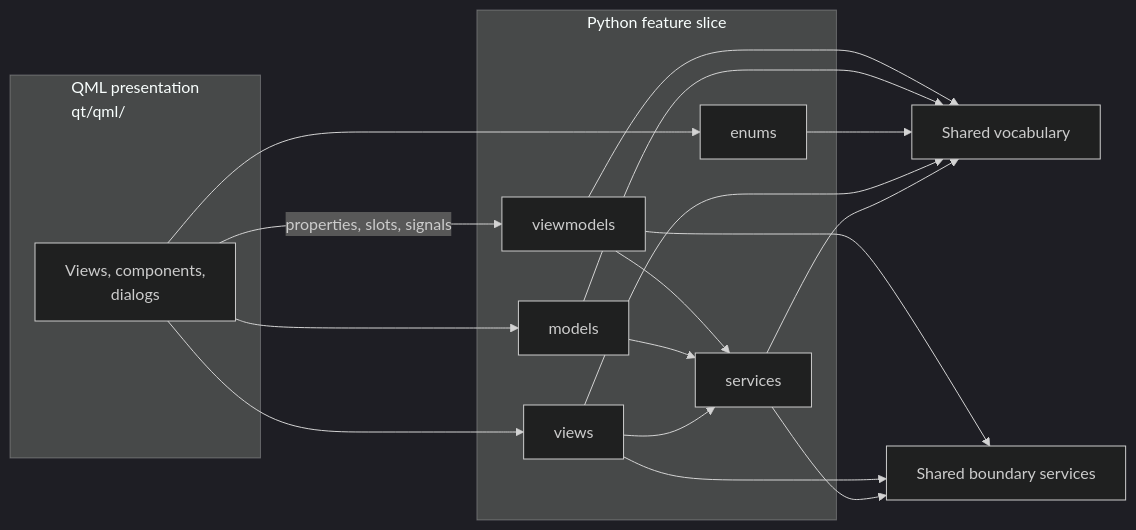
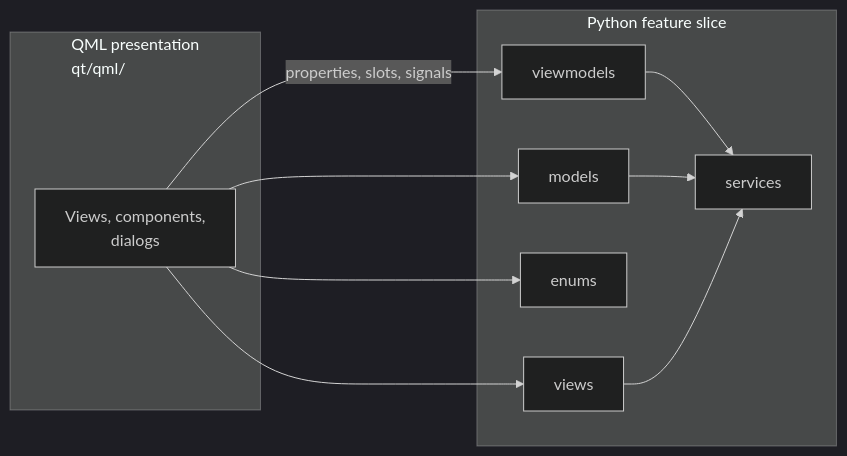
One commit to mpvqc/mpvQC changed the first of 3 diagrams in docs/architecture.md. Above: the diagram before and after it, drawn with Mermaid (dark theme).

Commit message:
docs: simplify system shape [skip ci]

````diff
--- a/docs/architecture.md
+++ b/docs/architecture.md
@@ -12,33 +12,22 @@
 ```mermaid
 flowchart LR
     subgraph QML["QML presentation<br/>qt/qml/"]
         UI["Views, components,<br/>dialogs"]
     end
 
     subgraph Slice["Python feature slice"]
         VM["viewmodels"]
         MODEL["models"]
         ENUM["enums"]
         VIEW["views"]
         SERVICE["services"]
     end
 
-    VOCAB["Shared vocabulary"]
-    BOUNDARY["Shared boundary services"]
-
     UI -->|"properties, slots, signals"| VM
     UI --> MODEL
     UI --> ENUM
     UI --> VIEW
     VM --> SERVICE
     MODEL --> SERVICE
     VIEW --> SERVICE
-    VM --> VOCAB
-    MODEL --> VOCAB
-    ENUM --> VOCAB
-    VIEW --> VOCAB
-    SERVICE --> VOCAB
-    VM --> BOUNDARY
-    VIEW --> BOUNDARY
-    SERVICE --> BOUNDARY
 ```
````
